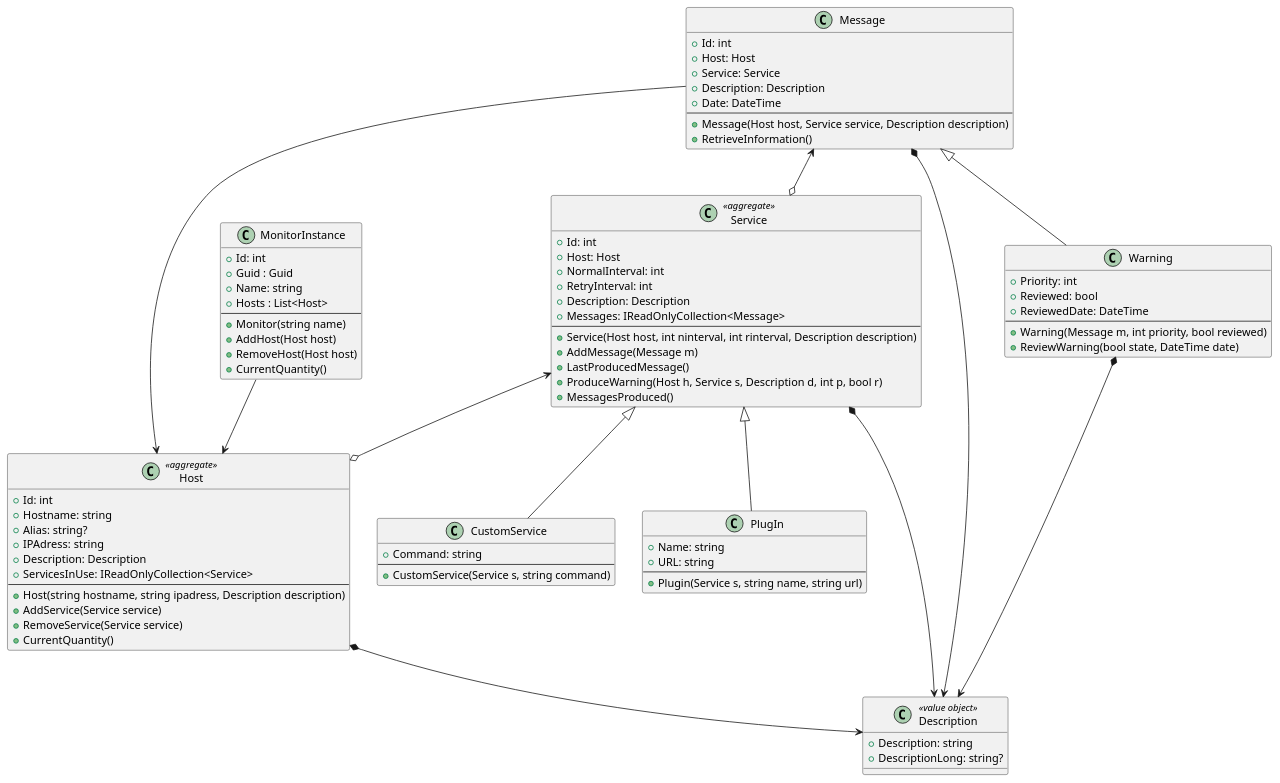
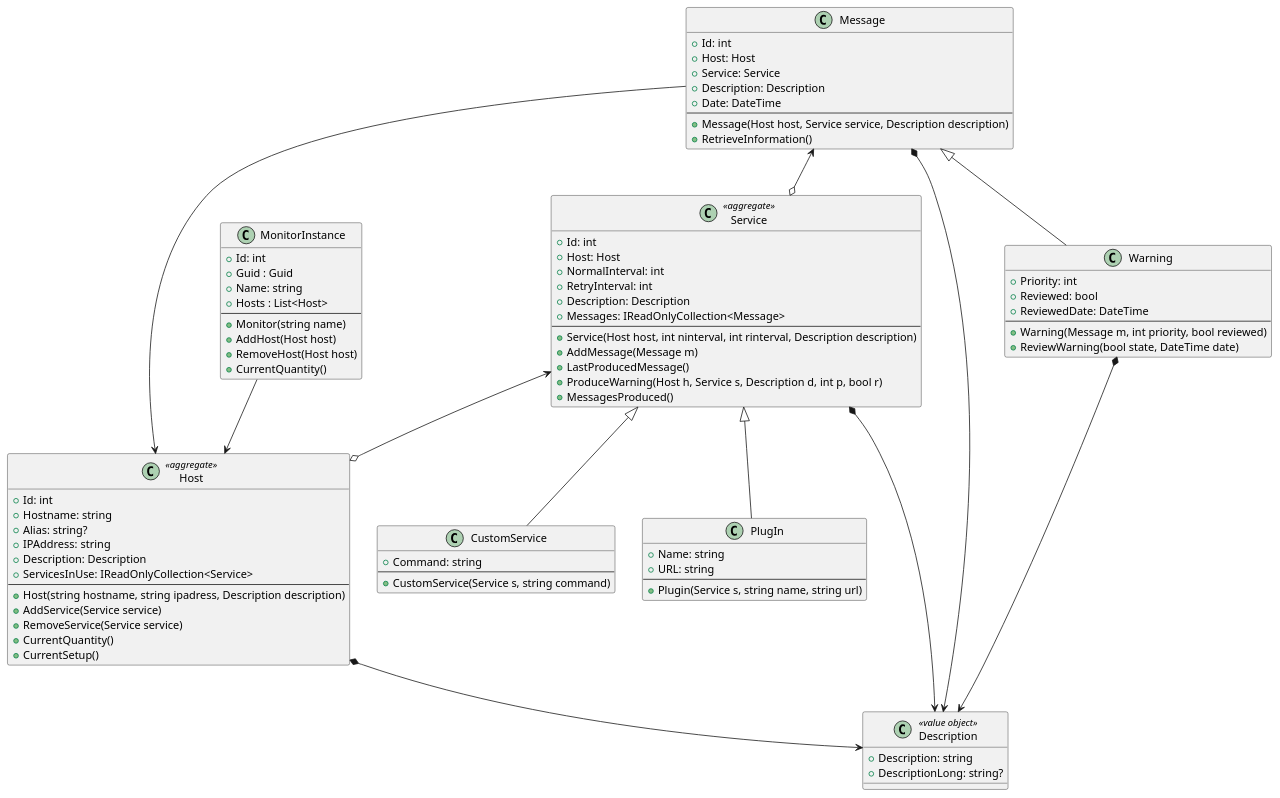
One commit to pa4ul/NetMonitor changed the diagram in ClassDiagram/NetMonitor.puml. Above: the diagram before and after it, drawn with PlantUML. The commit also changed 24 other files, not shown here.

```diff
--- a/ClassDiagram/NetMonitor.puml
+++ b/ClassDiagram/NetMonitor.puml
@@ -1,96 +1,97 @@
 @startuml
 
 class MonitorInstance{
     + Id: int
     + Guid : Guid
     + Name: string
     + Hosts : List<Host>
     ---
     + Monitor(string name)
     + AddHost(Host host)
     + RemoveHost(Host host)
     + CurrentQuantity()
 }
 
 class Host <<aggregate>>{
     +Id: int
     +Hostname: string
     +Alias: string?
-    +IPAdress: string
+    +IPAddress: string
     +Description: Description
     +ServicesInUse: IReadOnlyCollection<Service>
     ---
     +Host(string hostname, string ipadress, Description description)
     +AddService(Service service)
     +RemoveService(Service service)
     +CurrentQuantity()
+    +CurrentSetup()
 }
 class Service<<aggregate>>{
     +Id: int
     +Host: Host
     +NormalInterval: int
     +RetryInterval: int
     +Description: Description
     +Messages: IReadOnlyCollection<Message>
     ---
     +Service(Host host, int ninterval, int rinterval, Description description)
     +AddMessage(Message m)
     +LastProducedMessage()
     +ProduceWarning(Host h, Service s, Description d, int p, bool r)
     +MessagesProduced()
 }
 class Message{
     +Id: int
     +Host: Host
     +Service: Service
     +Description: Description
     +Date: DateTime
     ---
     +Message(Host host, Service service, Description description)
     +RetrieveInformation()
 }
 class CustomService{
     +Command: string
     ---
     +CustomService(Service s, string command)
 }
 
 class PlugIn{
     +Name: string
     +URL: string
     ---
     +Plugin(Service s, string name, string url)
 }
 
 class Description <<value object>>{
     +Description: string
     +DescriptionLong: string?
 }
 
 class Warning{
     +Priority: int
     +Reviewed: bool
     +ReviewedDate: DateTime
     ---
     +Warning(Message m, int priority, bool reviewed)
     +ReviewWarning(bool state, DateTime date)
 }
 
 MonitorInstance --> Host
 
 Host *--> Description
 Service *--> Description
 Warning *--> Description
 Message *--> Description
 
 Message <--o Service
 Service <--o Host
 
 Message --> Host
 
 Warning -up-|> Message
 CustomService -up-|> Service
 PlugIn -up-|> Service
 
 
 @enduml
```
